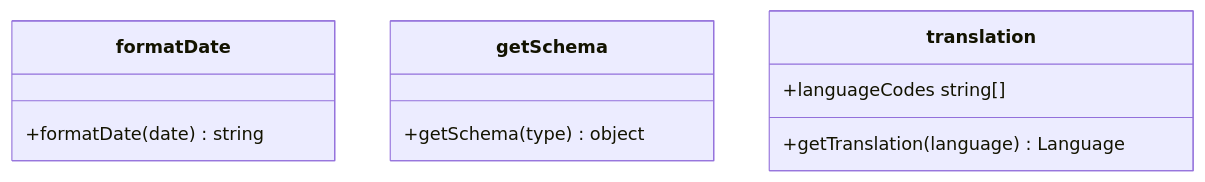
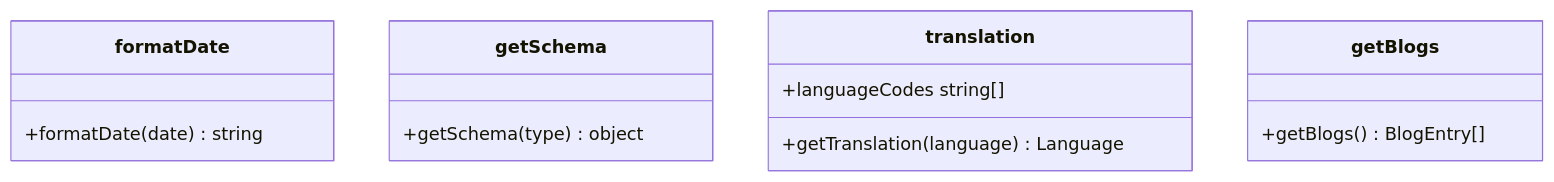
One commit to TheJiahao/TheJiahao.github.io changed the second of 2 diagrams in docs/architecture.md. Above: the diagram before and after it, drawn with Mermaid. The commit also changed other lines of this file, not shown here.

Commit message:
docs: Update architecture

````diff
--- a/docs/architecture.md
+++ b/docs/architecture.md
@@ -76,14 +78,17 @@
 ```mermaid
 classDiagram
 
 class formatDate {
     +formatDate(date) string
 }
 class getSchema {
     +getSchema(type) object
 }
 class translation {
     +languageCodes string[]
     +getTranslation(language) Language
 }
+class getBlogs {
+    +getBlogs() BlogEntry[]
+}
 ```
````
